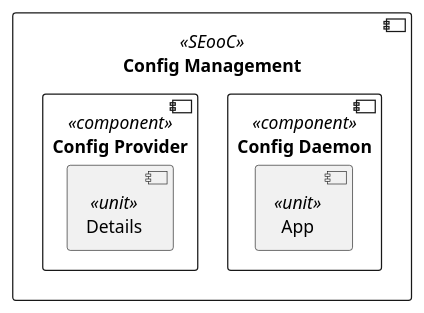
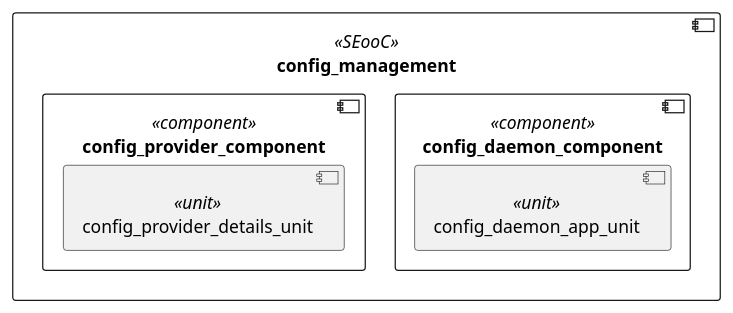
The diagram in score/config_management/dependability/software_architectural_design/static_design.puml (eclipse-score/config_management), drawn with PlantUML before and after one commit. The commit also changed 8 other files, not shown here.

```diff
--- a/score/config_management/dependability/software_architectural_design/static_design.puml
+++ b/score/config_management/dependability/software_architectural_design/static_design.puml
@@ -14,15 +14,15 @@
-@startuml
+@startuml static_design
 
-component "Config Management" as config_management <<SEooC>> {
+component config_management <<SEooC>> {
 
-    component "Config Daemon" as config_daemon_component <<component>> {
-        component "App" as config_daemon_app_unit <<unit>>
+    component config_daemon_component <<component>> {
+        component config_daemon_app_unit <<unit>>
     }
 
-    component "Config Provider" as config_provider_component <<component>> {
-        component "Details" as config_provider_details_unit <<unit>>
+    component config_provider_component <<component>> {
+        component config_provider_details_unit <<unit>>
     }
 
 }
 
 @enduml
```
